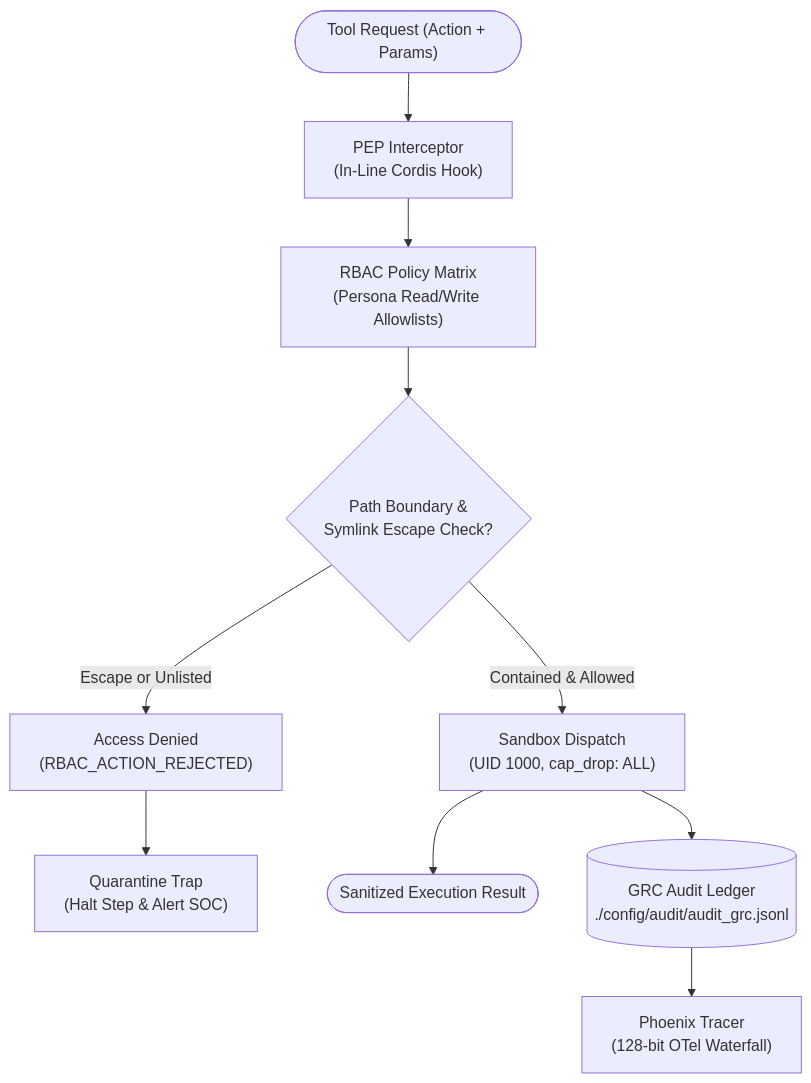
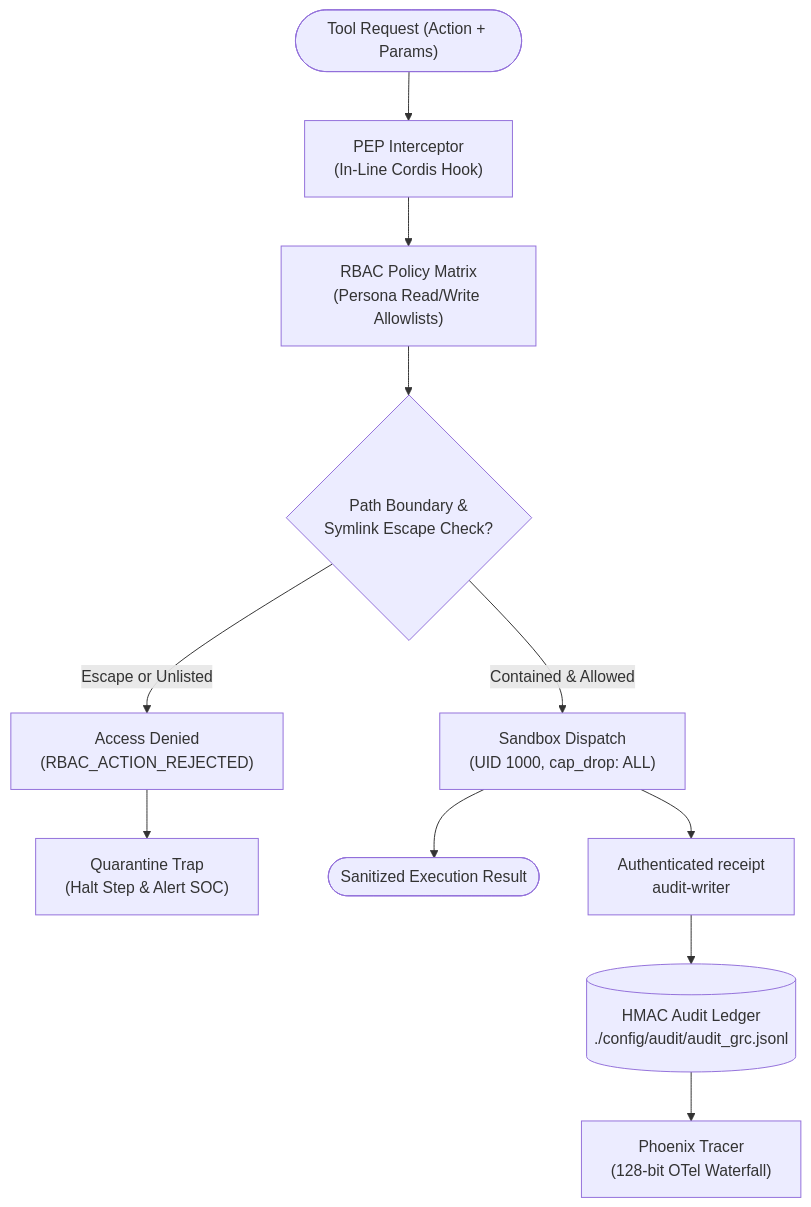
One commit to hdjebar/DSH-DDS changed the second of 4 diagrams in docs/visual-architecture/README.md. Above: the diagram before and after it, drawn with Mermaid. The commit also changed other lines of this file and 17 other files, not shown here.

Commit message:
docs: align security documentation and diagrams

````diff
--- a/docs/visual-architecture/README.md
+++ b/docs/visual-architecture/README.md
@@ -95,14 +66,15 @@
 ```mermaid
 flowchart TD
     START(["Tool Request (Action + Params)"]) --> PEP["PEP Interceptor\n(In-Line Cordis Hook)"]
     PEP --> RBAC["RBAC Policy Matrix\n(Persona Read/Write Allowlists)"]
     RBAC --> BOUNDARY{"Path Boundary &\nSymlink Escape Check?"}
 
     BOUNDARY -->|Contained & Allowed| SANDBOX["Sandbox Dispatch\n(UID 1000, cap_drop: ALL)"]
     BOUNDARY -->|Escape or Unlisted| DENIED["Access Denied\n(RBAC_ACTION_REJECTED)"]
 
     DENIED --> SOC["Quarantine Trap\n(Halt Step & Alert SOC)"]
     SANDBOX --> RESULT(["Sanitized Execution Result"])
-    SANDBOX --> AUDIT[("GRC Audit Ledger\n./config/audit/audit_grc.jsonl")]
+    SANDBOX --> WRITER["Authenticated receipt\naudit-writer"]
+    WRITER --> AUDIT[("HMAC Audit Ledger\n./config/audit/audit_grc.jsonl")]
     AUDIT --> PHOENIX["Phoenix Tracer\n(128-bit OTel Waterfall)"]
 ```
````
